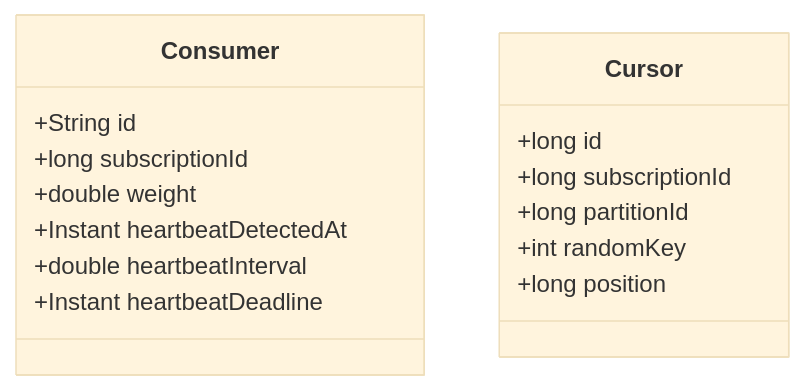
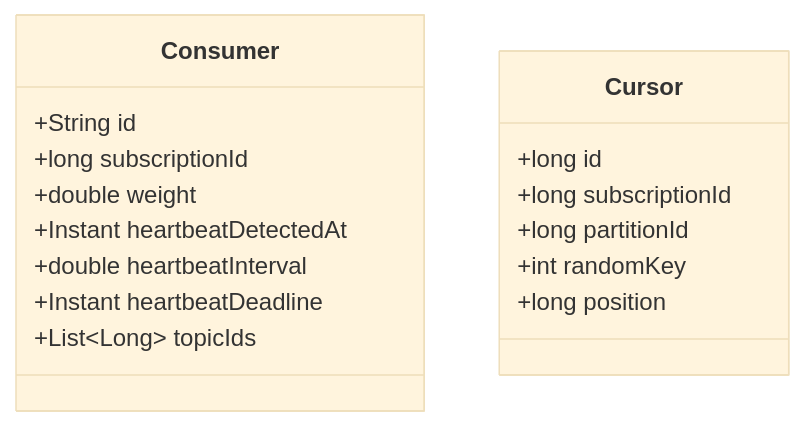
One commit to rbilleci/boxy changed the second of 2 diagrams in README.md. Above: the diagram before and after it, drawn with Mermaid (base theme). The commit also changed other lines of this file and 11 other files, not shown here.

````diff
--- a/README.md
+++ b/README.md
@@ -106,18 +106,19 @@
 ```mermaid
 classDiagram
     class Consumer {
         +String id
         +long subscriptionId
         +double weight
         +Instant heartbeatDetectedAt
         +double heartbeatInterval
         +Instant heartbeatDeadline
+        +List~Long~ topicIds
     }
     class Cursor {
         +long id
         +long subscriptionId
         +long partitionId
         +int randomKey
         +long position
     }
 ```
````
